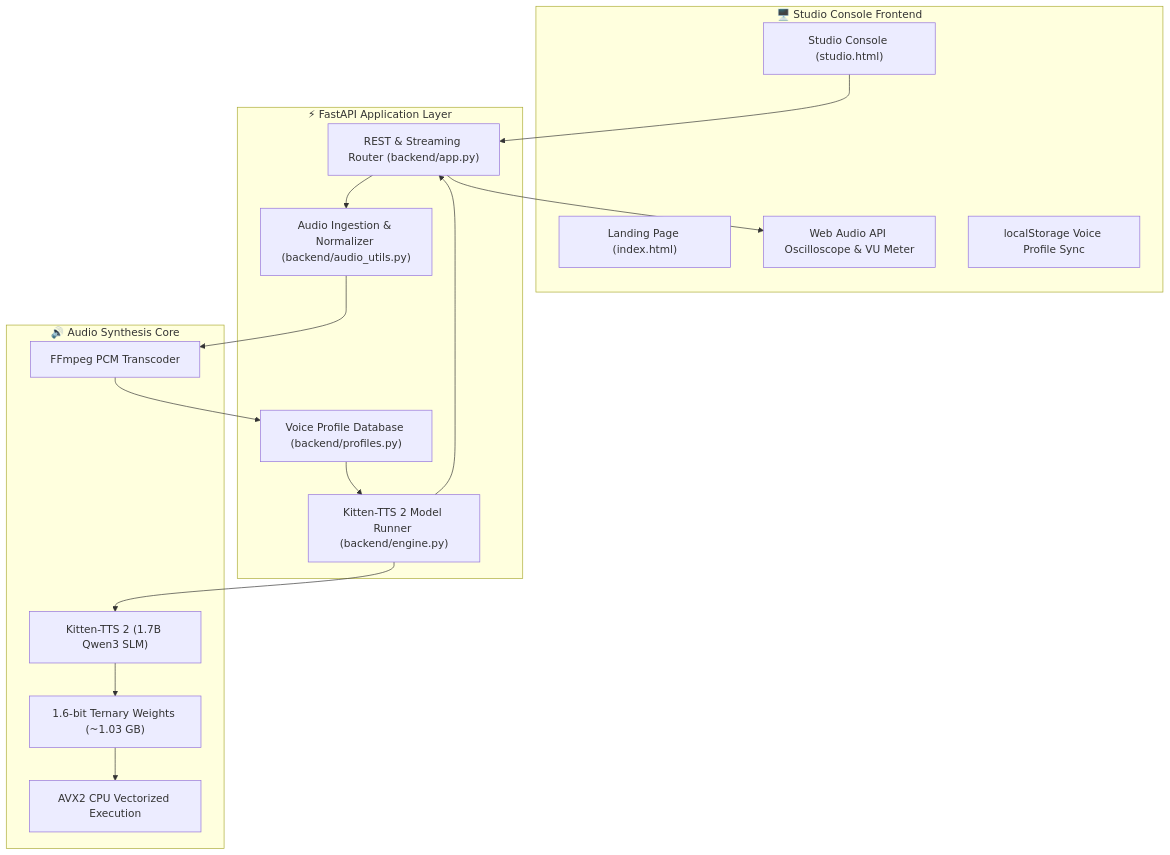
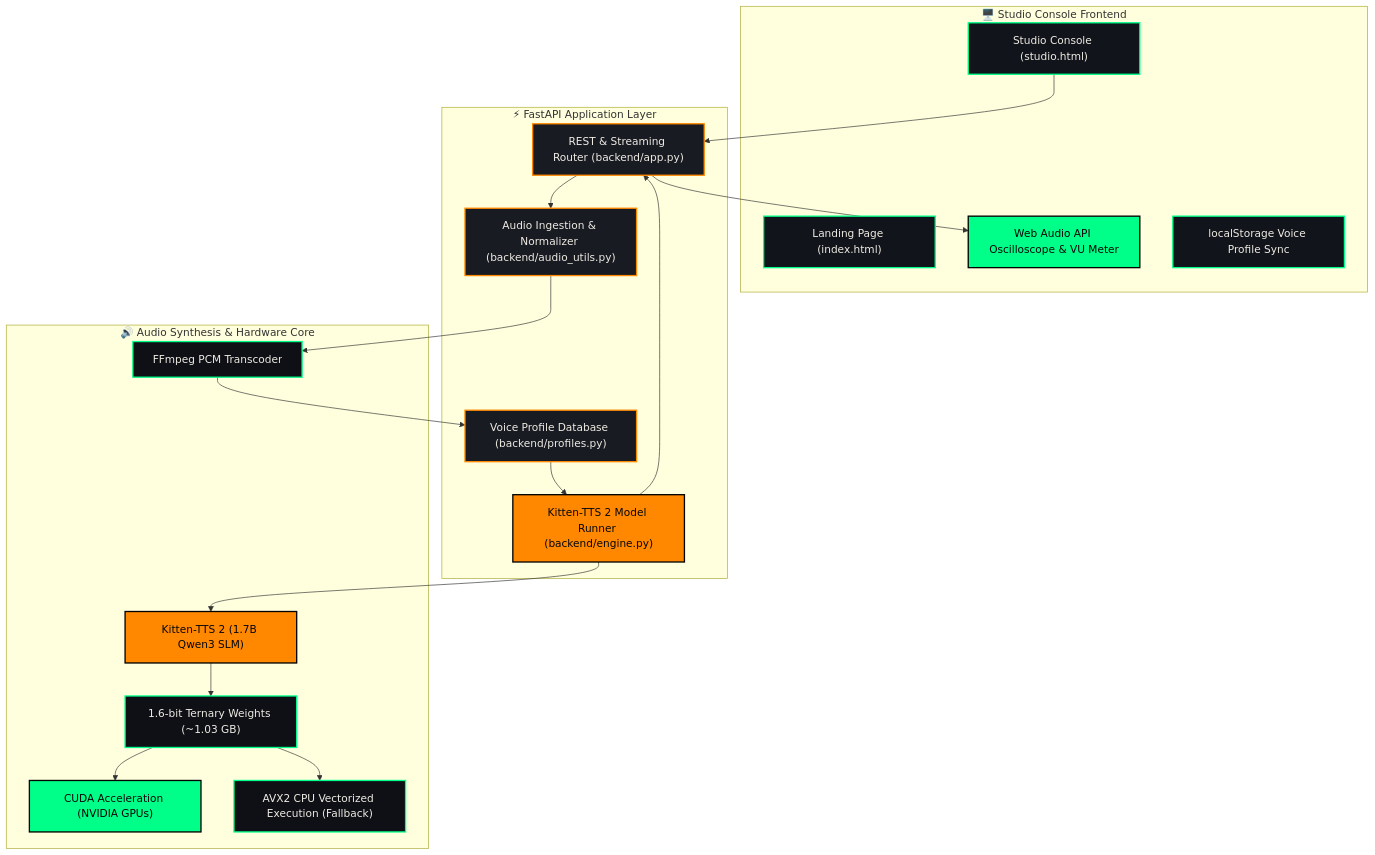
Before and after one commit to SahooShuvranshu/KittenTTS-Studio: the first of 2 diagrams in ARCHITECTURE.md, drawn with Mermaid. The commit also changed 6 other files, not shown here.

Commit message:
docs(governance): standardize contact email to contact@sahooshuvranshu.is-a.dev and add colored architecture diagram

````diff
--- a/ARCHITECTURE.md
+++ b/ARCHITECTURE.md
@@ -9,34 +9,42 @@
 ```mermaid
 flowchart TD
+    classDef client fill:#11141b,stroke:#00ff88,stroke-width:2px,color:#eeebe3
+    classDef backend fill:#181b22,stroke:#ff8800,stroke-width:2px,color:#eeebe3
+    classDef engine fill:#0e1016,stroke:#00ff88,stroke-width:2px,color:#eeebe3
+    classDef accent fill:#00ff88,stroke:#000000,stroke-width:2px,color:#050608
+    classDef amber fill:#ff8800,stroke:#000000,stroke-width:2px,color:#050608
+
     subgraph Client["🖥️ Studio Console Frontend"]
-        Landing["Landing Page (index.html)"]
-        Studio["Studio Console (studio.html)"]
-        Oscilloscope["Web Audio API Oscilloscope & VU Meter"]
-        StorageState["localStorage Voice Profile Sync"]
+        Landing["Landing Page (index.html)"]:::client
+        Studio["Studio Console (studio.html)"]:::client
+        Oscilloscope["Web Audio API Oscilloscope & VU Meter"]:::accent
+        StorageState["localStorage Voice Profile Sync"]:::client
     end
 
     subgraph Backend["⚡ FastAPI Application Layer"]
-        Router["REST & Streaming Router (backend/app.py)"]
-        AudioPipeline["Audio Ingestion & Normalizer (backend/audio_utils.py)"]
-        ProfileManager["Voice Profile Database (backend/profiles.py)"]
-        Engine["Kitten-TTS 2 Model Runner (backend/engine.py)"]
+        Router["REST & Streaming Router (backend/app.py)"]:::backend
+        AudioPipeline["Audio Ingestion & Normalizer (backend/audio_utils.py)"]:::backend
+        ProfileManager["Voice Profile Database (backend/profiles.py)"]:::backend
+        Engine["Kitten-TTS 2 Model Runner (backend/engine.py)"]:::amber
     end
 
-    subgraph AudioEngine["🔊 Audio Synthesis Core"]
-        FFmpeg["FFmpeg PCM Transcoder"]
-        KittenCore["Kitten-TTS 2 (1.7B Qwen3 SLM)"]
-        Ternary["1.6-bit Ternary Weights (~1.03 GB)"]
-        AVX2["AVX2 CPU Vectorized Execution"]
+    subgraph AudioEngine["🔊 Audio Synthesis & Hardware Core"]
+        FFmpeg["FFmpeg PCM Transcoder"]:::engine
+        KittenCore["Kitten-TTS 2 (1.7B Qwen3 SLM)"]:::amber
+        Ternary["1.6-bit Ternary Weights (~1.03 GB)"]:::engine
+        GPUExec["CUDA Acceleration (NVIDIA GPUs)"]:::accent
+        AVX2["AVX2 CPU Vectorized Execution (Fallback)"]:::engine
     end
 
     Studio --> Router
     Router --> AudioPipeline
     AudioPipeline --> FFmpeg
     FFmpeg --> ProfileManager
     ProfileManager --> Engine
     Engine --> KittenCore
     KittenCore --> Ternary
+    Ternary --> GPUExec
     Ternary --> AVX2
     Engine --> Router
     Router --> Oscilloscope
 ```
````
